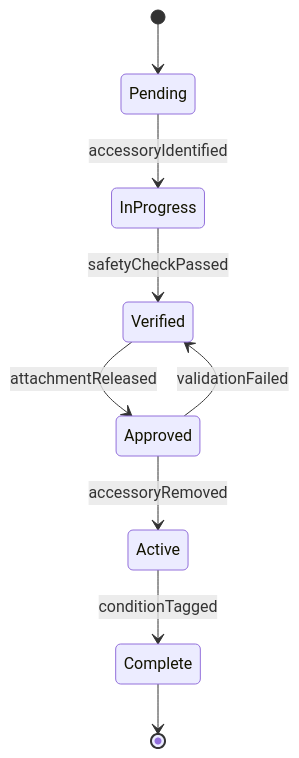
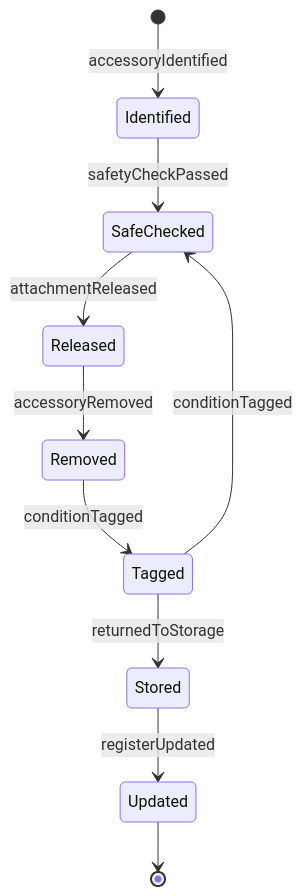
Before and after one commit to dot-org-ai/tasks.org.ai: the second of 4 diagrams in HandlingAndMovingObjects/DisassembleEquipment/RemoveAccessoriesToolsPartsEquipment.mdx, drawn with Mermaid. The commit also changed other lines of this file and 515 other files, not shown here.

````diff
--- a/HandlingAndMovingObjects/DisassembleEquipment/RemoveAccessoriesToolsPartsEquipment.mdx
+++ b/HandlingAndMovingObjects/DisassembleEquipment/RemoveAccessoriesToolsPartsEquipment.mdx
@@ -100,11 +101,12 @@
 ```mermaid
 stateDiagram-v2
-    [*] --> Pending
-    Pending --> InProgress : accessoryIdentified
-    InProgress --> Verified : safetyCheckPassed
-    Verified --> Approved : attachmentReleased
-    Approved --> Active : accessoryRemoved
-    Active --> Complete : conditionTagged
-    Approved --> Verified : validationFailed
-    Complete --> [*]
+    [*] --> Identified : accessoryIdentified
+    Identified --> SafeChecked : safetyCheckPassed
+    SafeChecked --> Released : attachmentReleased
+    Released --> Removed : accessoryRemoved
+    Removed --> Tagged : conditionTagged
+    Tagged --> Stored : returnedToStorage
+    Stored --> Updated : registerUpdated
+    Tagged --> SafeChecked : conditionTagged
+    Updated --> [*]
 ```
````
